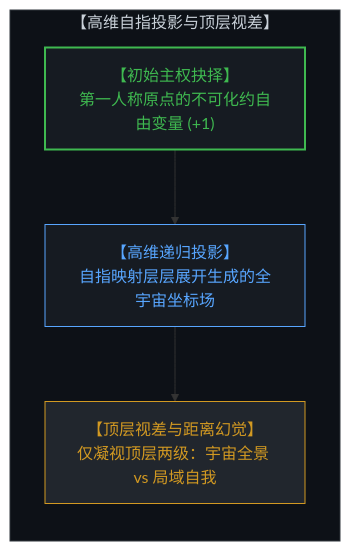
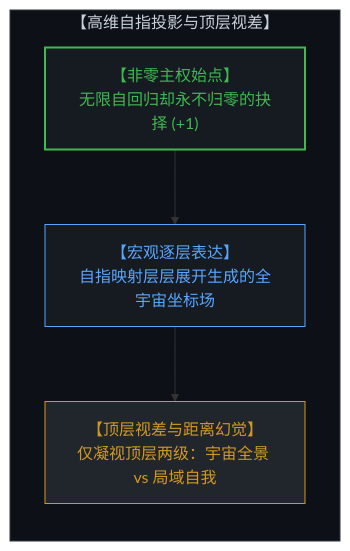
One commit to powerpig99/not-a-toe changed the first of 6 diagrams in content/posts/the-illusion-of-distance-and-the-dual-ruler.md. Above: the diagram before and after it, drawn with Mermaid. The commit also changed other lines of this file and 3 other files, not shown here.

Commit message:
Refine Post 311: Articulate infinitely self-regressive non-zero origin

````diff
--- a/content/posts/the-illusion-of-distance-and-the-dual-ruler.md
+++ b/content/posts/the-illusion-of-distance-and-the-dual-ruler.md
@@ -13,15 +15,15 @@
 ```mermaid
 graph TD
     subgraph RecursiveProjection["【高维自指投影与顶层视差】"]
         direction TB
-        InitialChoice["【初始主权抉择】<br>第一人称原点的不可化约自由变量 (+1)"]
-        RecursiveManifold["【高维递归投影】<br>自指映射层层展开生成的全宇宙坐标场"]
+        NonZeroOrigin["【非零主权始点】<br>无限自回归却永不归零的抉择 (+1)"]
+        RecursiveManifold["【宏观逐层表达】<br>自指映射层层展开生成的全宇宙坐标场"]
         TopLevelParallax["【顶层视差与距离幻觉】<br>仅凝视顶层两级：宇宙全景 vs 局域自我"]
-        InitialChoice --> RecursiveManifold
+        NonZeroOrigin --> RecursiveManifold
         RecursiveManifold --> TopLevelParallax
     end
     style RecursiveProjection fill:#0d1117,stroke:#30363d,stroke-width:1px,color:#c9d1d9
-    style InitialChoice fill:#161b22,stroke:#3fb950,stroke-width:2px,color:#3fb950
+    style NonZeroOrigin fill:#161b22,stroke:#3fb950,stroke-width:2px,color:#3fb950
     style RecursiveManifold fill:#161b22,stroke:#58a6ff,stroke-width:1px,color:#58a6ff
     style TopLevelParallax fill:#21262d,stroke:#d29922,stroke-width:1px,color:#d29922
 ```
````
